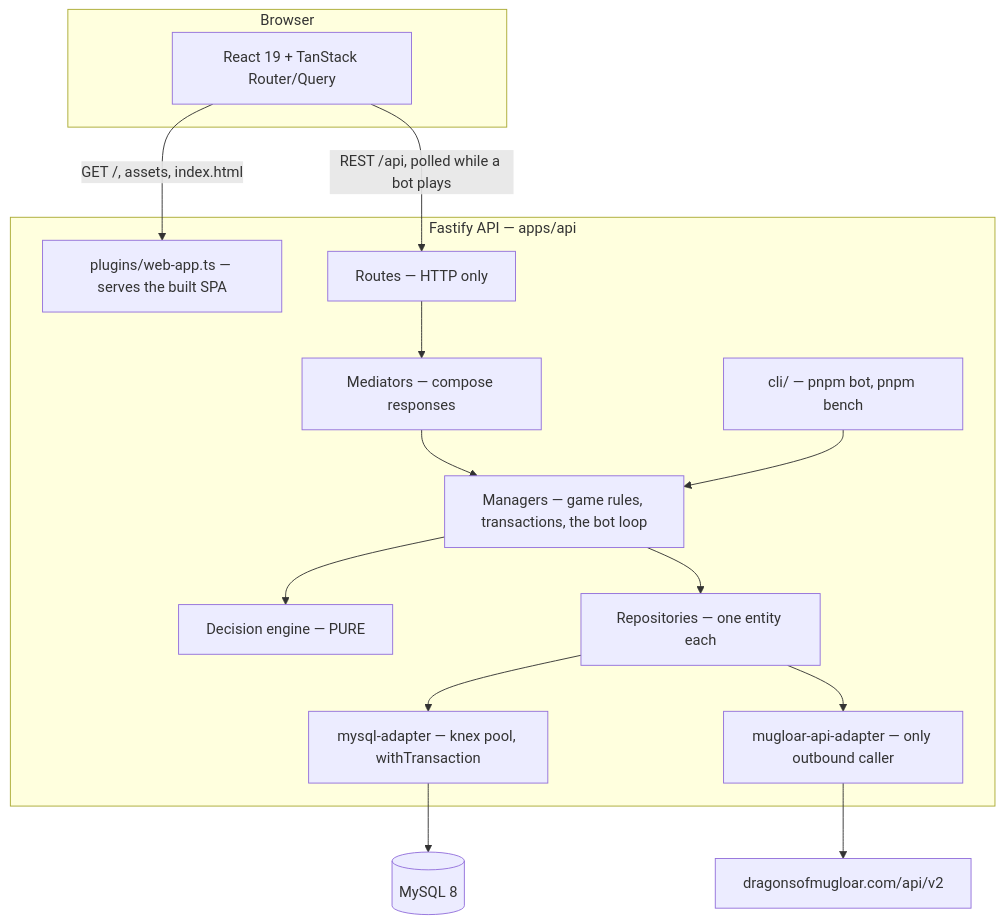
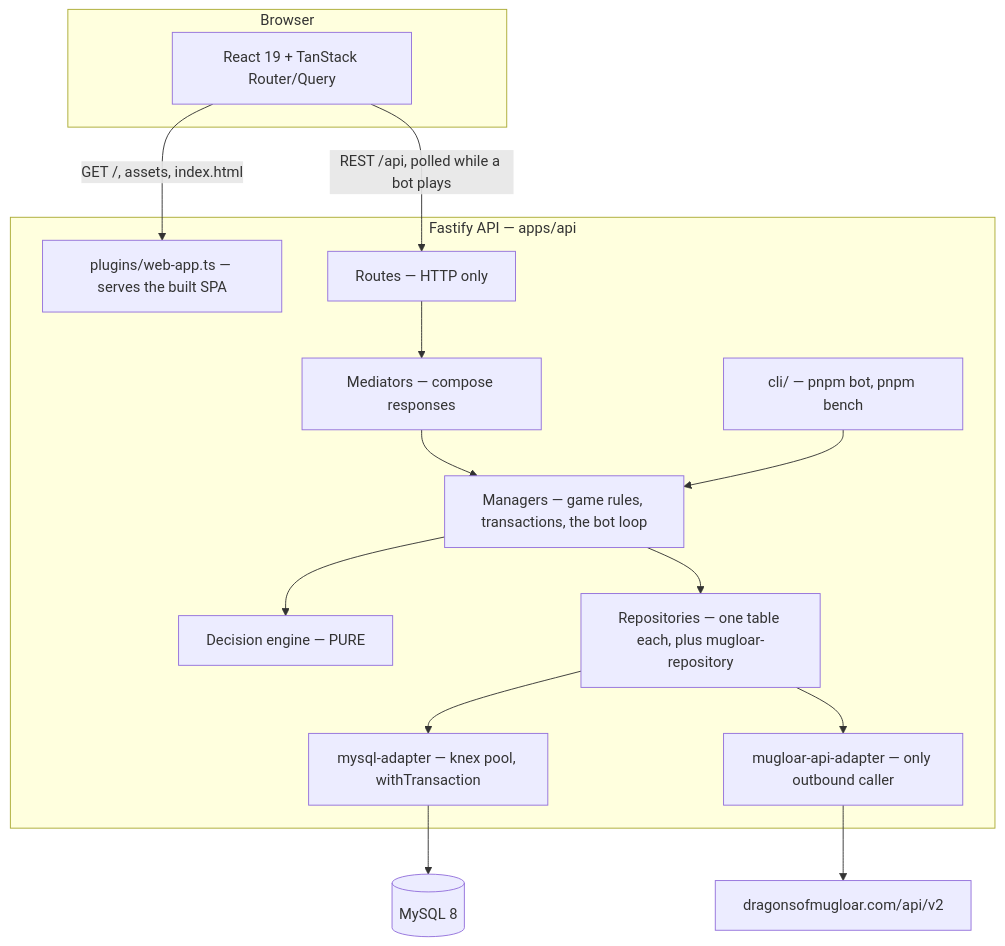
Before and after one commit to eazygood/dragons_game: the diagram in docs/agent_docs/architecture.md, drawn with Mermaid. The commit also changed other lines of this file and 158 other files, not shown here.

````diff
--- a/docs/agent_docs/architecture.md
+++ b/docs/agent_docs/architecture.md
@@ -9,30 +9,30 @@
 ```mermaid
 flowchart TB
     subgraph browser["Browser"]
         UI["React 19 + TanStack Router/Query"]
     end
 
     subgraph api["Fastify API — apps/api"]
         WEB["plugins/web-app.ts — serves the built SPA"]
         R["Routes — HTTP only"]
         CLI["cli/ — pnpm bot, pnpm bench"]
         MED["Mediators — compose responses"]
         MAN["Managers — game rules, transactions, the bot loop"]
         ENG["Decision engine — PURE"]
-        REPO["Repositories — one entity each"]
+        REPO["Repositories — one table each, plus mugloar-repository"]
         MYA["mysql-adapter — knex pool, withTransaction"]
         ADP["mugloar-api-adapter — only outbound caller"]
     end
 
     DB[("MySQL 8")]
     EXT["dragonsofmugloar.com/api/v2"]
 
     UI -->|"GET /, assets, index.html"| WEB
     UI -->|"REST /api, polled while a bot plays"| R
     R --> MED --> MAN
     CLI --> MAN
     MAN --> ENG
     MAN --> REPO
     REPO --> MYA --> DB
     REPO --> ADP --> EXT
 ```
````
